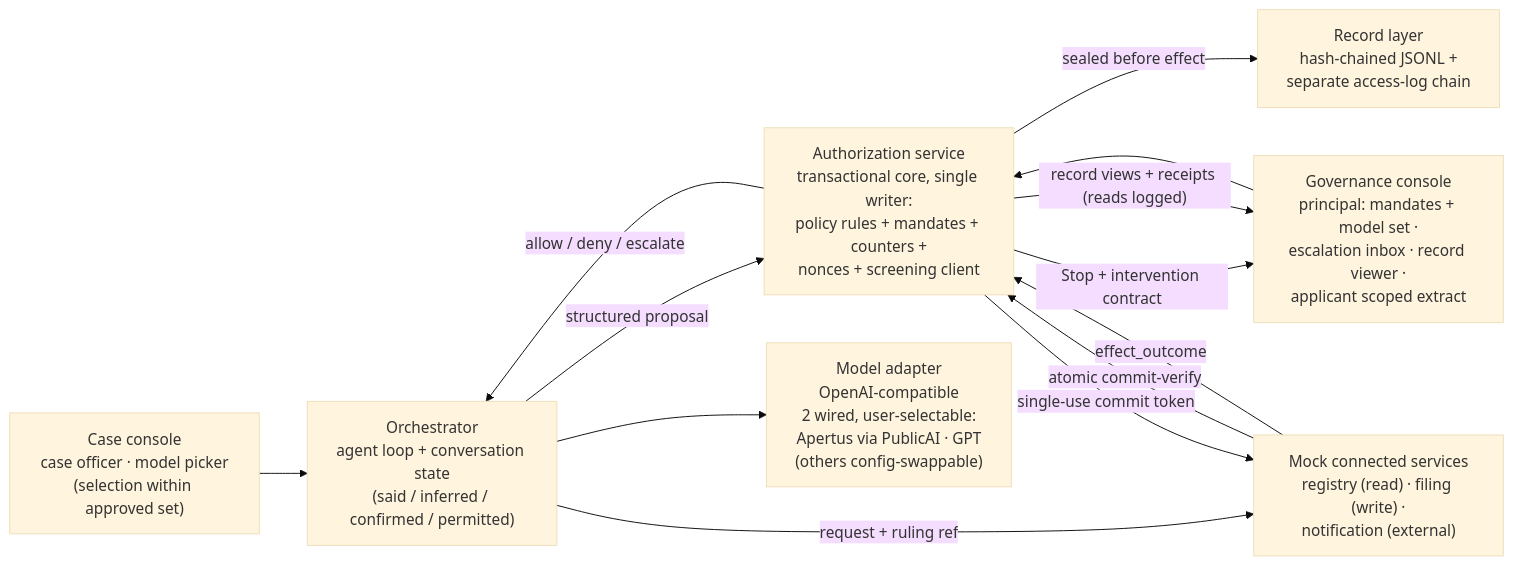
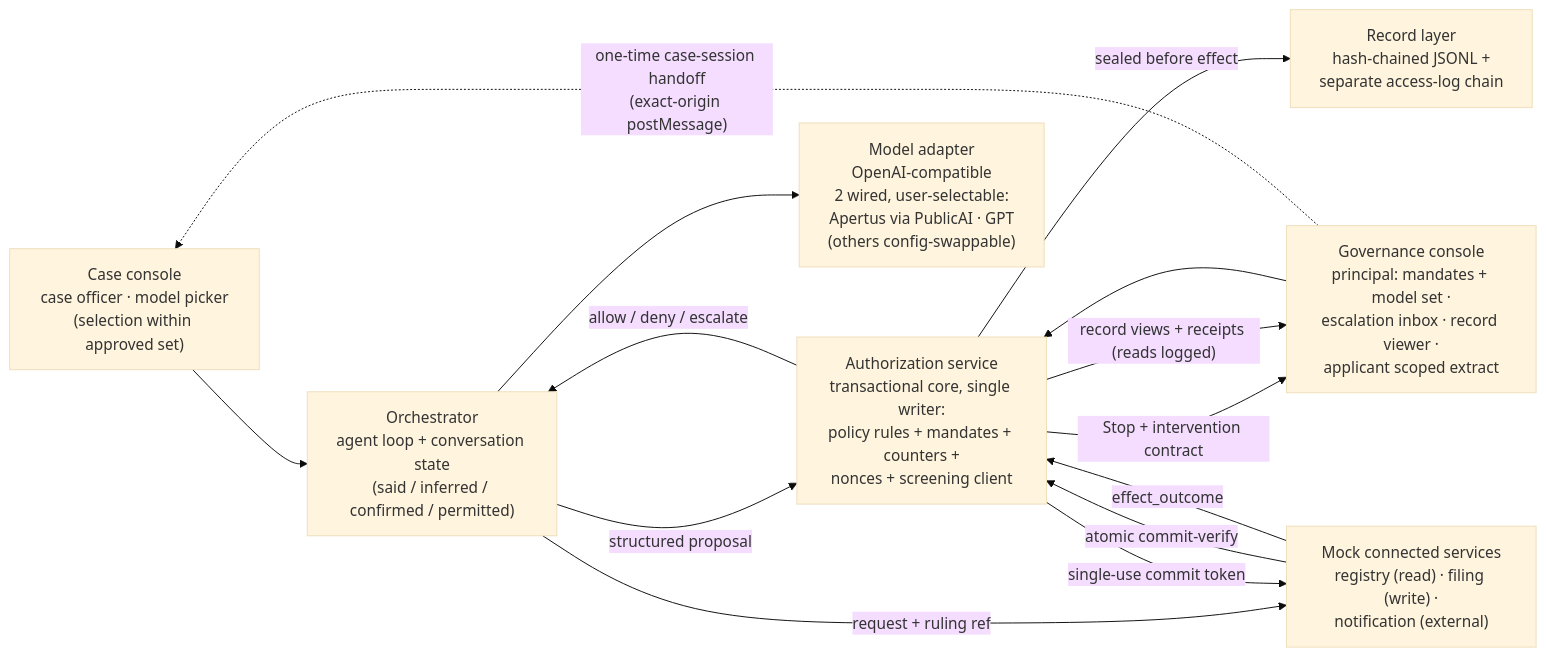
Before and after one commit to robertschaub/our-ai-charter: the diagram in docs/wip/runtime-gates-poc-spec.md, drawn with Mermaid (base theme). The commit also changed other lines of this file and 2 other files, not shown here.

Commit message:
docs(runtime): specify case-console handoff

````diff
--- a/docs/wip/runtime-gates-poc-spec.md
+++ b/docs/wip/runtime-gates-poc-spec.md
@@ -50,15 +52,16 @@
 ```mermaid
 flowchart LR
     CO["Case console<br/>case officer · model picker<br/>(selection within approved set)"] --> O
     GC["Governance console<br/>principal: mandates + model set ·<br/>escalation inbox · record viewer ·<br/>applicant scoped extract"] --> G
+    GC -. "one-time case-session handoff<br/>(exact-origin postMessage)" .-> CO
     O["Orchestrator<br/>agent loop + conversation state<br/>(said / inferred / confirmed / permitted)"] --> M["Model adapter<br/>OpenAI-compatible<br/>2 wired, user-selectable:<br/>Apertus via PublicAI · GPT<br/>(others config-swappable)"]
     O -- "structured proposal" --> G["Authorization service<br/>transactional core, single writer:<br/>policy rules + mandates + counters +<br/>nonces + screening client"]
     G -- "allow / deny / escalate" --> O
     G -- "Stop + intervention contract" --> GC
     O -- "request + ruling ref" --> S["Mock connected services<br/>registry (read) · filing (write) ·<br/>notification (external)"]
     S -- "atomic commit-verify" --> G
     G -- "single-use commit token" --> S
     S -- "effect_outcome" --> G
     G -- "sealed before effect" --> R["Record layer<br/>hash-chained JSONL +<br/>separate access-log chain"]
     G -- "record views + receipts (reads logged)" --> GC
 ```
````
